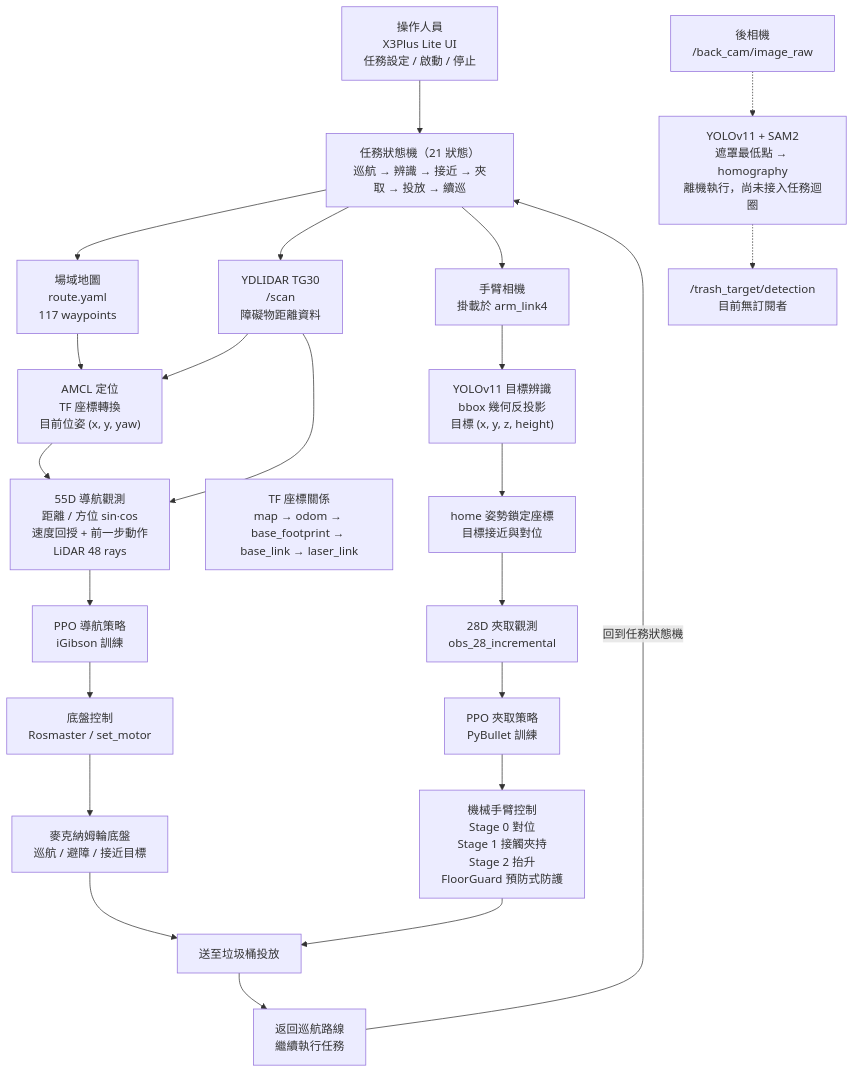
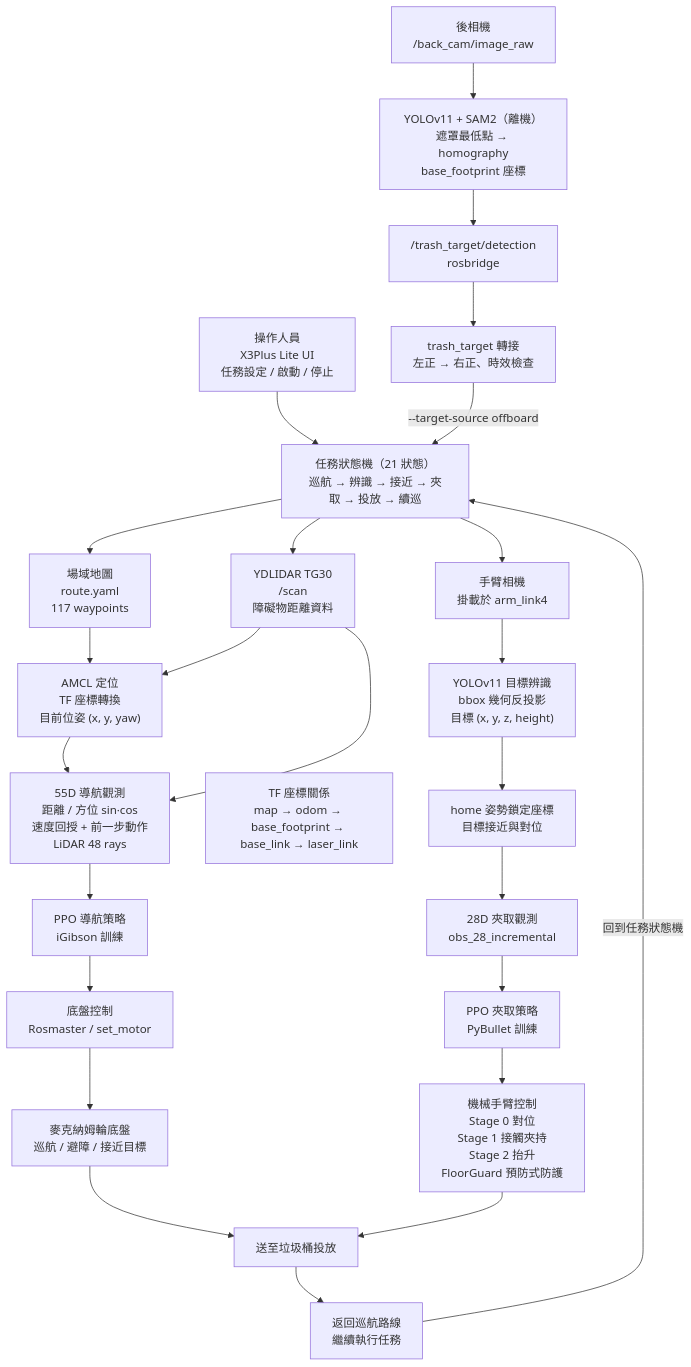
Before and after one commit to 112303577ncu/iGibson-Navigation-Grasping: the diagram in README.md, drawn with Mermaid. The commit also changed other lines of this file and 6 other files, not shown here.

````diff
--- a/README.md
+++ b/README.md
@@ -31,60 +31,63 @@
 ```mermaid
 graph TD
     UI["操作人員<br>X3Plus Lite UI<br>任務設定 / 啟動 / 停止"]
     FSM["任務狀態機（21 狀態）<br>巡航 → 辨識 → 接近 → 夾取 → 投放 → 續巡"]
 
     Map["場域地圖<br>route.yaml<br>117 waypoints"]
     Lidar["YDLIDAR TG30<br>/scan<br>障礙物距離資料"]
     ArmCam["手臂相機<br>掛載於 arm_link4"]
 
     Loc["AMCL 定位<br>TF 座標轉換<br>目前位姿 (x, y, yaw)"]
     Vision["YOLOv11 目標辨識<br>bbox 幾何反投影<br>目標 (x, y, z, height)"]
 
     NavObs["55D 導航觀測<br>距離 / 方位 sin·cos<br>速度回授 + 前一步動作<br>LiDAR 48 rays"]
     NavPPO["PPO 導航策略<br>iGibson 訓練"]
     ChassisCtrl["底盤控制<br>Rosmaster / set_motor"]
     Chassis["麥克納姆輪底盤<br>巡航 / 避障 / 接近目標"]
 
     HomePose["home 姿勢鎖定座標<br>目標接近與對位"]
     GraspObs["28D 夾取觀測<br>obs_28_incremental"]
     GraspPPO["PPO 夾取策略<br>PyBullet 訓練"]
     ArmCtrl["機械手臂控制<br>Stage 0 對位<br>Stage 1 接觸夾持<br>Stage 2 抬升<br>FloorGuard 預防式防護"]
 
     Trash["送至垃圾桶投放"]
     Return["返回巡航路線<br>繼續執行任務"]
 
     RearCam["後相機<br>/back_cam/image_raw"]
-    SAM2["YOLOv11 + SAM2<br>遮罩最低點 → homography<br>離機執行，尚未接入任務迴圈"]
-    Topic["/trash_target/detection<br>目前無訂閱者"]
+    SAM2["YOLOv11 + SAM2（離機）<br>遮罩最低點 → homography<br>base_footprint 座標"]
+    Topic["/trash_target/detection<br>rosbridge"]
+    Adapter["trash_target 轉接<br>左正 → 右正、時效檢查"]
 
     TF["TF 座標關係<br>map → odom → base_footprint → base_link → laser_link"]
 
     UI --> FSM
     FSM --> Map
     FSM --> Lidar
     FSM --> ArmCam
 
     Map --> Loc
     Lidar --> Loc
     Loc --> NavObs
     Lidar --> NavObs
     NavObs --> NavPPO
     NavPPO --> ChassisCtrl
     ChassisCtrl --> Chassis
 
     ArmCam --> Vision
     Vision --> HomePose
     HomePose --> GraspObs
     GraspObs --> GraspPPO
     GraspPPO --> ArmCtrl
 
     Chassis --> Trash
     ArmCtrl --> Trash
     Trash --> Return
     Return -->|回到任務狀態機| FSM
 
-    RearCam -.-> SAM2
-    SAM2 -.-> Topic
+    RearCam --> SAM2
+    SAM2 --> Topic
+    Topic --> Adapter
+    Adapter -->|--target-source offboard| FSM
 
     Loc ~~~ TF
 ```
````
